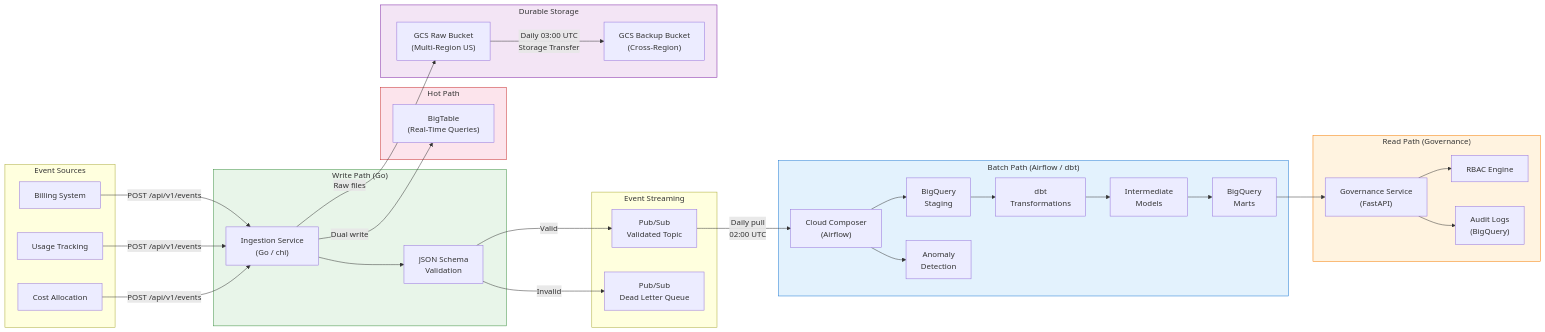
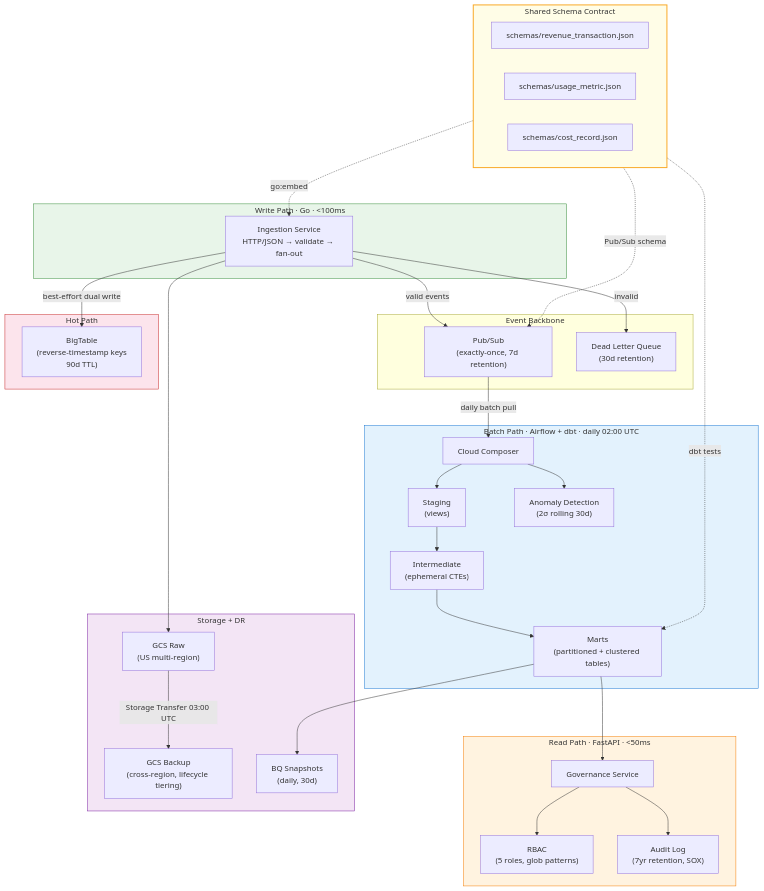
One commit to damsolanke/gcp-financial-data-platform changed the first of 2 diagrams in README.md. Above: the diagram before and after it, drawn with Mermaid. The commit also changed other lines of this file, not shown here.

First line of the commit message:
Rewrite README with architecture diagrams and benchmarks

````diff
--- a/README.md
+++ b/README.md
@@ -7,67 +9,63 @@
 ```mermaid
-flowchart LR
-    subgraph Sources["Event Sources"]
-        B[Billing System]
-        U[Usage Tracking]
-        C[Cost Allocation]
+flowchart TB
+    subgraph Contract["Shared Schema Contract"]
+        direction LR
+        S1["schemas/revenue_transaction.json"]
+        S2["schemas/usage_metric.json"]
+        S3["schemas/cost_record.json"]
     end
 
-    subgraph WritePathBox["Write Path (Go)"]
-        IS["Ingestion Service\n(Go / chi)"]
-        V["JSON Schema\nValidation"]
+    subgraph Write["Write Path · Go · <100ms"]
+        IS["Ingestion Service\nHTTP/JSON → validate → fan-out"]
     end
 
-    subgraph Streaming["Event Streaming"]
-        PS_V["Pub/Sub\nValidated Topic"]
-        PS_DLQ["Pub/Sub\nDead Letter Queue"]
+    subgraph Stream["Event Backbone"]
+        PS["Pub/Sub\n(exactly-once, 7d retention)"]
+        DLQ["Dead Letter Queue\n(30d retention)"]
     end
 
-    subgraph HotPath["Hot Path"]
-        BT["BigTable\n(Real-Time Queries)"]
+    subgraph Hot["Hot Path"]
+        BT["BigTable\n(reverse-timestamp keys\n90d TTL)"]
     end
 
-    subgraph BatchPathBox["Batch Path (Airflow / dbt)"]
-        AF["Cloud Composer\n(Airflow)"]
-        STG["BigQuery\nStaging"]
-        DBT["dbt\nTransformations"]
-        INT["Intermediate\nModels"]
-        MARTS["BigQuery\nMarts"]
-        AD["Anomaly\nDetection"]
+    subgraph Batch["Batch Path · Airflow + dbt · daily 02:00 UTC"]
+        AF["Cloud Composer"] --> STG["Staging\n(views)"]
+        STG --> INT["Intermediate\n(ephemeral CTEs)"]
+        INT --> MARTS["Marts\n(partitioned + clustered tables)"]
+        AF --> ANOM["Anomaly Detection\n(2σ rolling 30d)"]
     end
 
-    subgraph ReadPathBox["Read Path (Governance)"]
-        GOV["Governance Service\n(FastAPI)"]
-        RBAC["RBAC Engine"]
-        AUDIT["Audit Logs\n(BigQuery)"]
+    subgraph Read["Read Path · FastAPI · <50ms"]
+        GOV["Governance Service"]
+        RBAC["RBAC\n(5 roles, glob patterns)"]
+        AUD["Audit Log\n(7yr retention, SOX)"]
     end
 
-    subgraph Storage["Durable Storage"]
-        GCS_RAW["GCS Raw Bucket\n(Multi-Region US)"]
-        GCS_BAK["GCS Backup Bucket\n(Cross-Region)"]
+    subgraph Infra["Storage + DR"]
+        GCS1["GCS Raw\n(US multi-region)"]
+        GCS2["GCS Backup\n(cross-region, lifecycle tiering)"]
+        SNAP["BQ Snapshots\n(daily, 30d)"]
     end
 
-    B & U & C -->|POST /api/v1/events| IS
-    IS --> V
-    V -->|Valid| PS_V
-    V -->|Invalid| PS_DLQ
-    IS -->|Dual write| BT
+    Contract -.->|go:embed| IS
+    Contract -.->|Pub/Sub schema| PS
+    Contract -.->|dbt tests| MARTS
 
-    PS_V -->|Daily pull\n02:00 UTC| AF
-    AF --> STG
-    STG --> DBT
-    DBT --> INT --> MARTS
-
-    AF --> AD
+    IS -->|valid events| PS
+    IS -->|invalid| DLQ
+    IS -->|best-effort dual write| BT
+    PS -->|daily batch pull| AF
     MARTS --> GOV
     GOV --> RBAC
-    GOV --> AUDIT
+    GOV --> AUD
+    IS --> GCS1
+    GCS1 -->|Storage Transfer 03:00 UTC| GCS2
+    MARTS --> SNAP
 
-    IS -->|Raw files| GCS_RAW
-    GCS_RAW -->|Daily 03:00 UTC\nStorage Transfer| GCS_BAK
-
-    style WritePathBox fill:#e8f5e9,stroke:#388e3c
-    style BatchPathBox fill:#e3f2fd,stroke:#1976d2
-    style ReadPathBox fill:#fff3e0,stroke:#f57c00
-    style HotPath fill:#fce4ec,stroke:#c62828
-    style Storage fill:#f3e5f5,stroke:#7b1fa2
+    style Contract fill:#fffde7,stroke:#f9a825,stroke-width:2px
+    style Write fill:#e8f5e9,stroke:#388e3c
+    style Batch fill:#e3f2fd,stroke:#1976d2
+    style Read fill:#fff3e0,stroke:#f57c00
+    style Hot fill:#fce4ec,stroke:#c62828
+    style Infra fill:#f3e5f5,stroke:#7b1fa2
 ```
````
